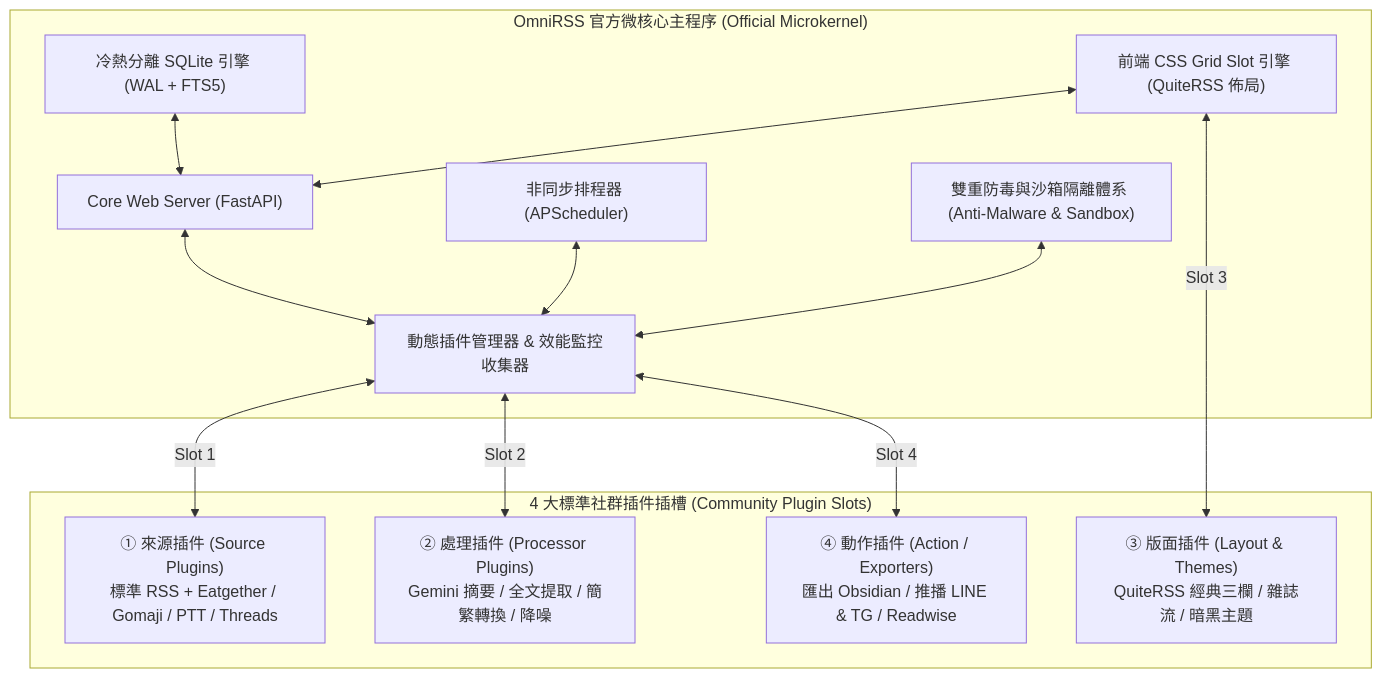
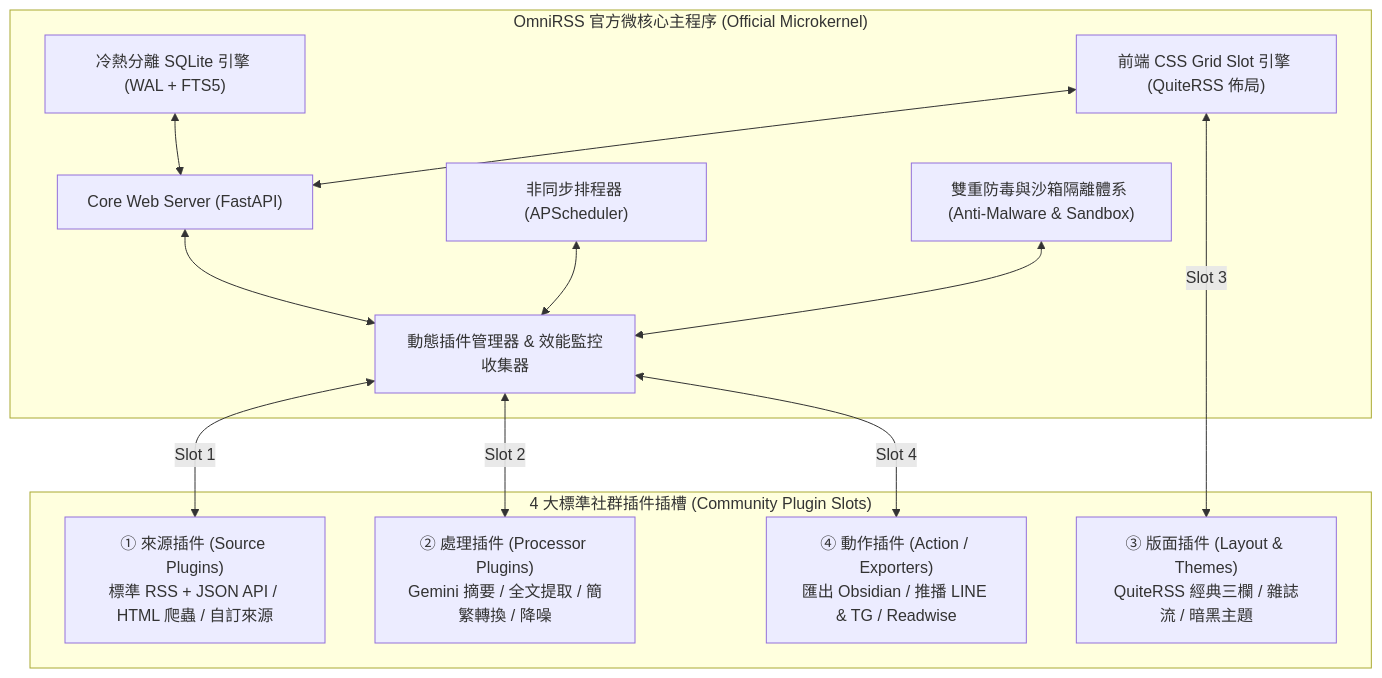
The first of 3 diagrams in docs/SPEC.md (YuShyam/OmniRSS), drawn with Mermaid before and after one commit. The commit also changed other lines of this file and 89 other files, not shown here.

````diff
--- a/docs/SPEC.md
+++ b/docs/SPEC.md
@@ -18,29 +18,29 @@
 ```mermaid
 graph TD
     subgraph OmniRSS_Core["OmniRSS 官方微核心主程序 (Official Microkernel)"]
         Kernel["Core Web Server (FastAPI)"]
         Scheduler["非同步排程器 (APScheduler)"]
         DBEngine["冷熱分離 SQLite 引擎 (WAL + FTS5)"]
         SlotEngine["前端 CSS Grid Slot 引擎 (QuiteRSS 佈局)"]
         PluginMgr["動態插件管理器 & 效能監控收集器"]
         Sandbox["雙重防毒與沙箱隔離體系 (Anti-Malware & Sandbox)"]
         
         Kernel <--> PluginMgr
         Scheduler <--> PluginMgr
         DBEngine <--> Kernel
         SlotEngine <--> Kernel
         Sandbox <--> PluginMgr
     end
 
     subgraph Community_Ecosystem["4 大標準社群插件插槽 (Community Plugin Slots)"]
-        S1["① 來源插件 (Source Plugins)<br>標準 RSS + Eatgether / Gomaji / PTT / Threads"]
+        S1["① 來源插件 (Source Plugins)<br>標準 RSS + JSON API / HTML 爬蟲 / 自訂來源"]
         S2["② 處理插件 (Processor Plugins)<br>Gemini 摘要 / 全文提取 / 簡繁轉換 / 降噪"]
         S3["③ 版面插件 (Layout & Themes)<br>QuiteRSS 經典三欄 / 雜誌流 / 暗黑主題"]
         S4["④ 動作插件 (Action / Exporters)<br>匯出 Obsidian / 推播 LINE & TG / Readwise"]
     end
 
     PluginMgr <-->|Slot 1| S1
     PluginMgr <-->|Slot 2| S2
     SlotEngine <-->|Slot 3| S3
     PluginMgr <-->|Slot 4| S4
 ```
````
